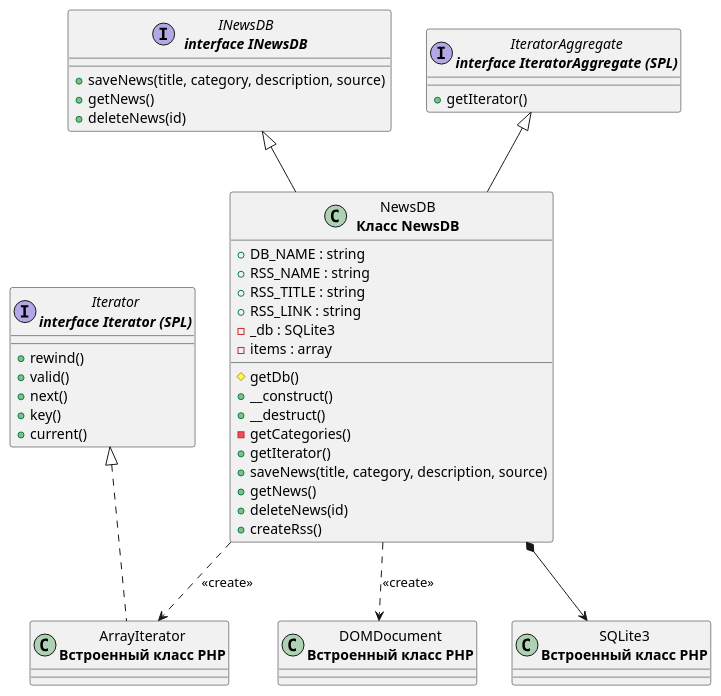
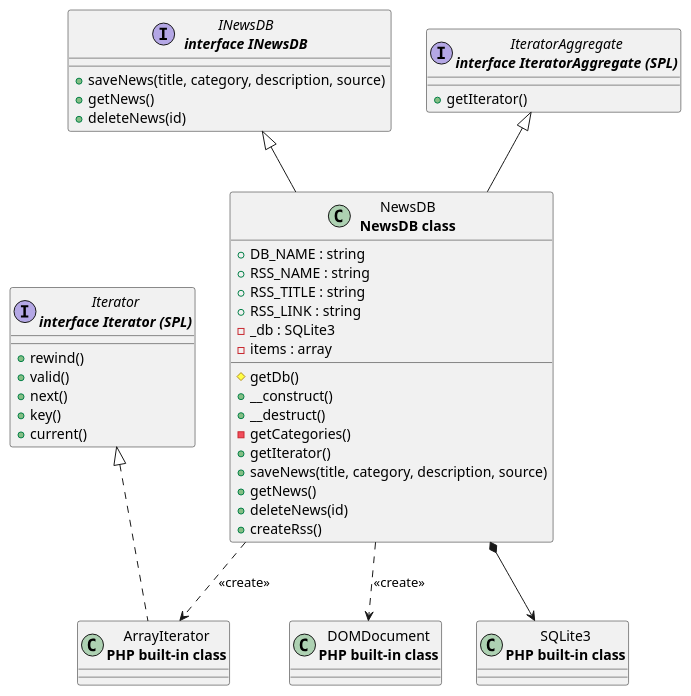
One commit to Danila-Efremov/web changed the diagram in lab5/diagrams/news_diagram.puml. Above: the diagram before and after it, drawn with PlantUML.

```diff
--- a/lab5/diagrams/news_diagram.puml
+++ b/lab5/diagrams/news_diagram.puml
@@ -1,50 +1,50 @@
 @startuml class-diagram
   interface "INewsDB\n<b>interface INewsDB</b>" as INewsDB {
     +saveNews(title, category, description, source)
     +getNews()
     +deleteNews(id)
   }
 
   interface "IteratorAggregate\n<b>interface IteratorAggregate (SPL)</b>" as IteratorAggregate {
     +getIterator()
   }
 
   interface "Iterator\n<b>interface Iterator (SPL)</b>" as Iterator {
     +rewind()
     +valid()
     +next()
     +key()
     +current()
   }
 
-  class "NewsDB\n<b>Класс NewsDB</b>" as NewsDB {
+  class "NewsDB\n<b>NewsDB class</b>" as NewsDB {
     +DB_NAME : string
     +RSS_NAME : string
     +RSS_TITLE : string
     +RSS_LINK : string
     -_db : SQLite3
     -items : array
     #getDb()
     +__construct()
     +__destruct()
     -getCategories()
     +getIterator()
     +saveNews(title, category, description, source)
     +getNews()
     +deleteNews(id)
     +createRss()
   }
 
-  class "SQLite3\n<b>Встроенный класс PHP</b>" as SQLite3
+  class "SQLite3\n<b>PHP built-in class</b>" as SQLite3
 
-  class "ArrayIterator\n<b>Встроенный класс PHP</b>" as ArrayIterator
+  class "ArrayIterator\n<b>PHP built-in class</b>" as ArrayIterator
 
-  class "DOMDocument\n<b>Встроенный класс PHP</b>" as DOMDocument
+  class "DOMDocument\n<b>PHP built-in class</b>" as DOMDocument
 
   INewsDB <|-- NewsDB
   IteratorAggregate <|-- NewsDB
   Iterator <|.. ArrayIterator
   NewsDB *--> SQLite3
   NewsDB ..> ArrayIterator : <<create>>
   NewsDB ..> DOMDocument : <<create>>
 @enduml
```
